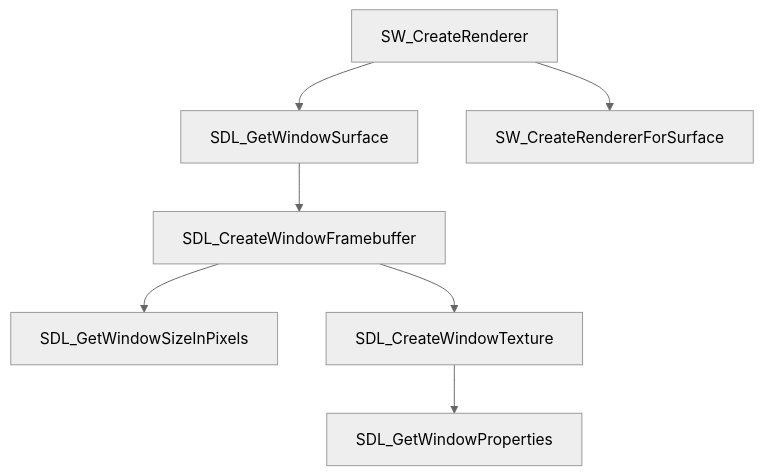
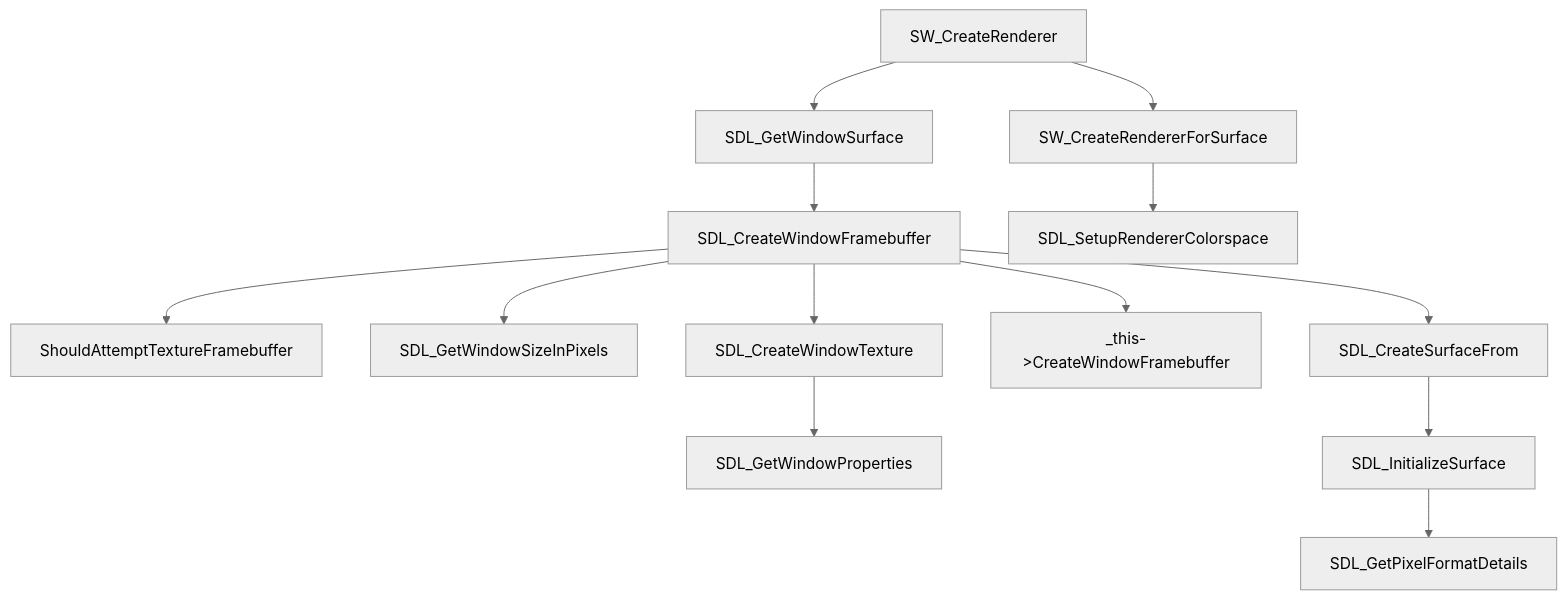
Before and after one commit to WSQS/blog: the sixth of 6 diagrams in _posts/2026-05-07-reading_sdl.md, drawn with Mermaid (neutral theme). The commit also changed other lines of this file, not shown here.

Commit message:
fix: 补充 SDL Windows 窗口与 Framebuffer 创建流程说明

````diff
--- a/_posts/2026-05-07-reading_sdl.md
+++ b/_posts/2026-05-07-reading_sdl.md
@@ -118,9 +153,15 @@
 ```mermaid
 graph TD
     SW_CreateRenderer --> SDL_GetWindowSurface
     SW_CreateRenderer --> SW_CreateRendererForSurface
     SDL_GetWindowSurface --> SDL_CreateWindowFramebuffer
+    SDL_CreateWindowFramebuffer --> ShouldAttemptTextureFramebuffer
     SDL_CreateWindowFramebuffer --> SDL_GetWindowSizeInPixels
     SDL_CreateWindowFramebuffer --> SDL_CreateWindowTexture
+    SDL_CreateWindowFramebuffer --> CreateWindowFramebuffer["_this->CreateWindowFramebuffer"]
+    SDL_CreateWindowFramebuffer --> SDL_CreateSurfaceFrom
     SDL_CreateWindowTexture --> SDL_GetWindowProperties
+    SDL_CreateSurfaceFrom --> SDL_InitializeSurface
+    SDL_InitializeSurface --> SDL_GetPixelFormatDetails
+    SW_CreateRendererForSurface --> SDL_SetupRendererColorspace
 ```
````
